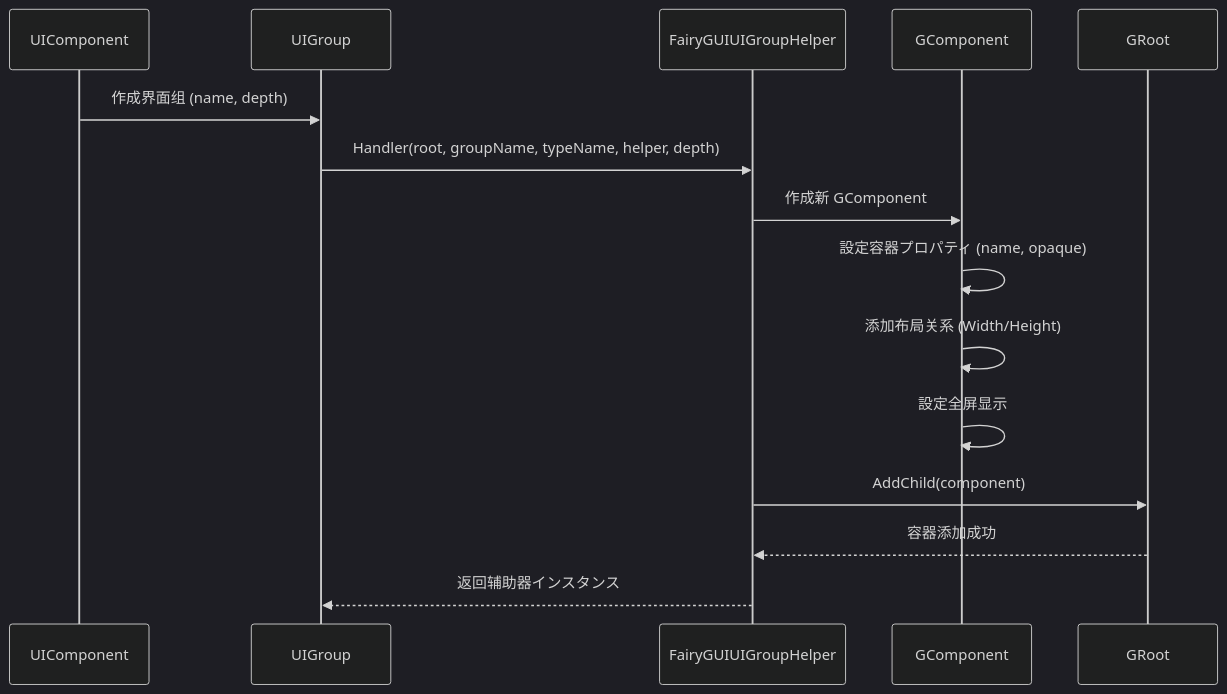
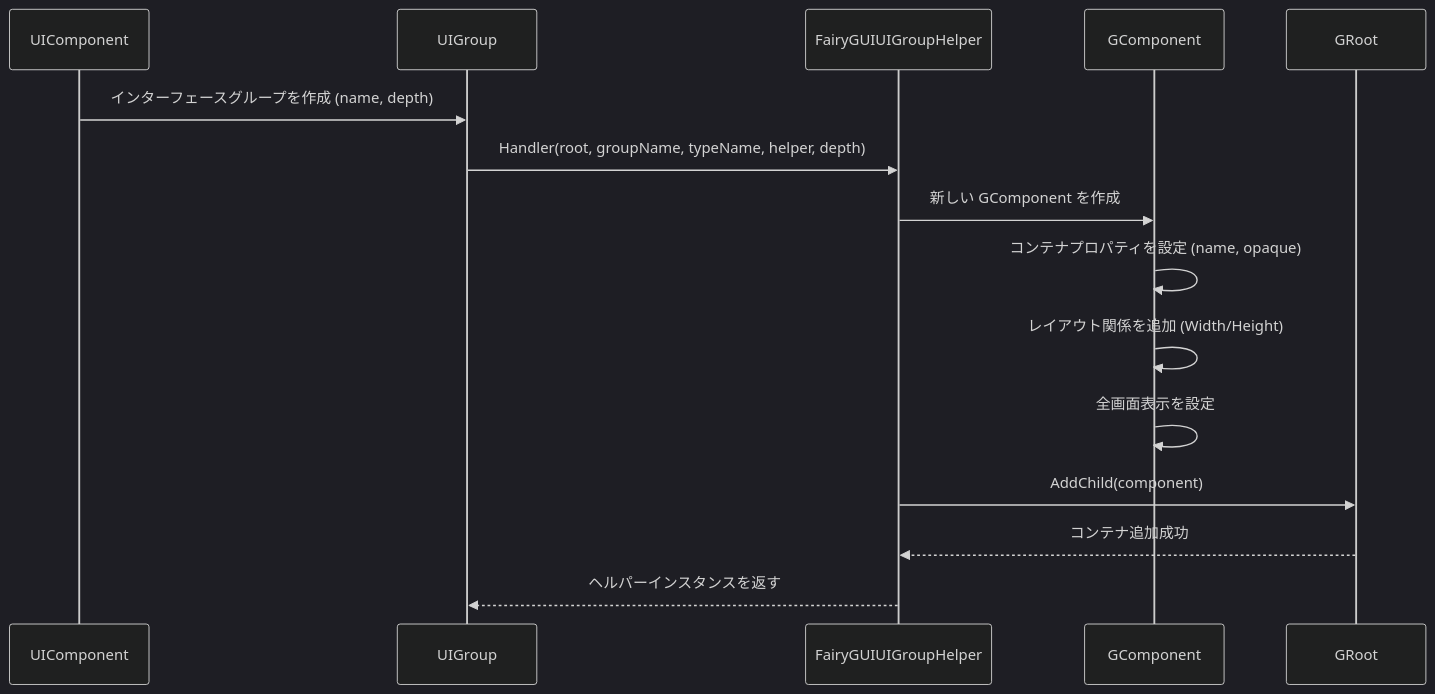
One commit to AlianBlank/GameFrameX.Docs changed the second of 3 diagrams in docs/ja/client/unity/component/ui-fairygui/13.ui-group-config.md. Above: the diagram before and after it, drawn with Mermaid (dark theme). The commit also changed other lines of this file and 320 other files, not shown here.

````diff
--- a/docs/ja/client/unity/component/ui-fairygui/13.ui-group-config.md
+++ b/docs/ja/client/unity/component/ui-fairygui/13.ui-group-config.md
@@ -56,18 +56,18 @@
 ```mermaid
 sequenceDiagram
     participant UC as UIComponent
     participant UG as UIGroup
     participant UGH as FairyGUIUIGroupHelper
     participant GC as GComponent
     participant GR as GRoot
 
-    UC->>UG: 作成界面组 (name, depth)
+    UC->>UG: インターフェースグループを作成 (name, depth)
     UG->>UGH: Handler(root, groupName, typeName, helper, depth)
-    UGH->>GC: 作成新 GComponent
-    GC->>GC: 設定容器プロパティ (name, opaque)
-    GC->>GC: 添加布局关系 (Width/Height)
-    GC->>GC: 設定全屏显示
+    UGH->>GC: 新しい GComponent を作成
+    GC->>GC: コンテナプロパティを設定 (name, opaque)
+    GC->>GC: レイアウト関係を追加 (Width/Height)
+    GC->>GC: 全画面表示を設定
     UGH->>GR: AddChild(component)
-    GR-->>UGH: 容器添加成功
-    UGH-->>UG: 返回辅助器インスタンス
+    GR-->>UGH: コンテナ追加成功
+    UGH-->>UG: ヘルパーインスタンスを返す
 ```
````
